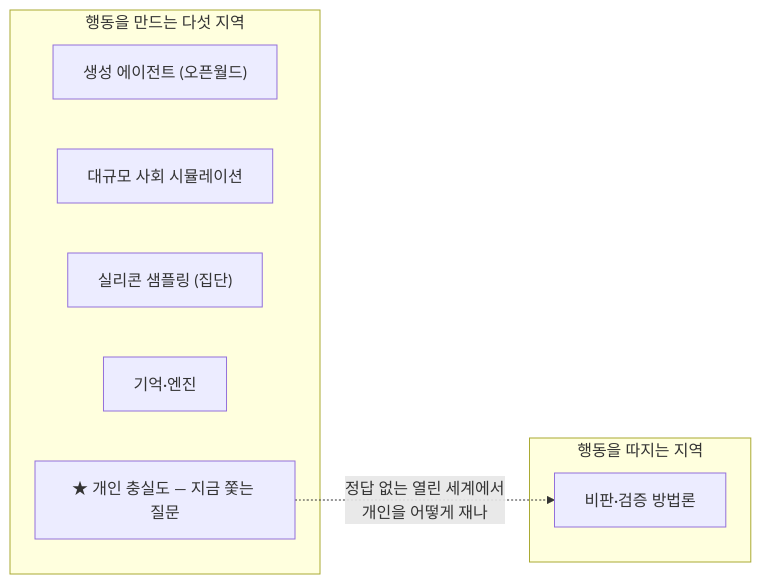
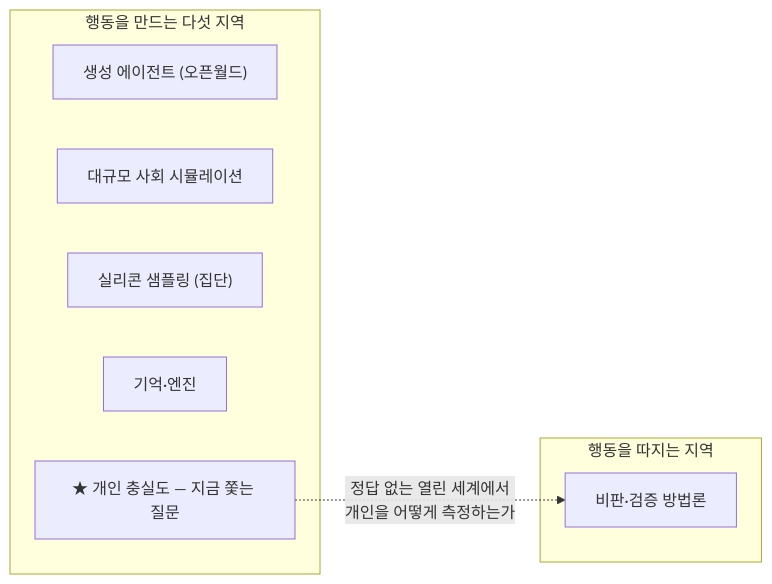
One commit to qoal1201/synthetic-society-research changed the diagram in field-map.qmd. Above: the diagram before and after it, drawn with Mermaid. The commit also changed other lines of this file and 14 other files, not shown here.

````diff
--- a/field-map.qmd
+++ b/field-map.qmd
@@ -73,14 +73,14 @@
 ```{mermaid}
 flowchart LR
     subgraph MAKE["행동을 만드는 다섯 지역"]
         C["생성 에이전트 (오픈월드)"]
         D["대규모 사회 시뮬레이션"]
         S["실리콘 샘플링 (집단)"]
         E["기억·엔진"]
         B["★ 개인 충실도 — 지금 쫓는 질문"]
     end
     subgraph JUDGE["행동을 따지는 지역"]
         V["비판·검증 방법론"]
     end
-    B -. "정답 없는 열린 세계에서<br/>개인을 어떻게 재나" .-> V
+    B -. "정답 없는 열린 세계에서<br/>개인을 어떻게 측정하는가" .-> V
 ```
````
